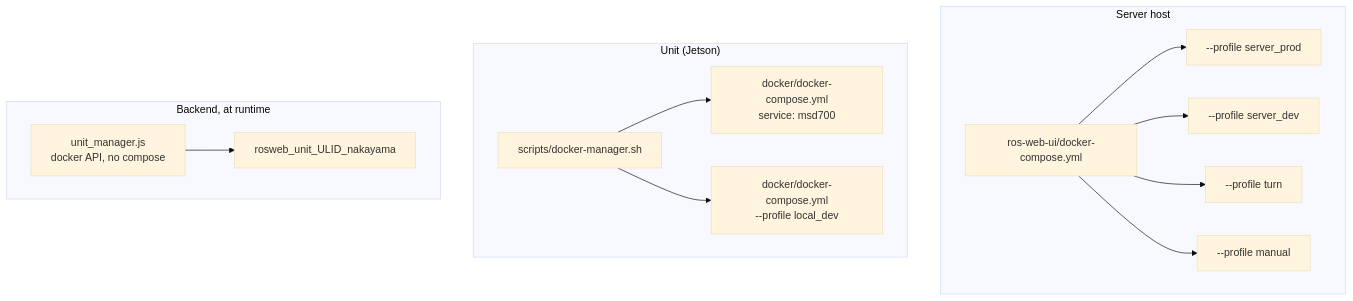
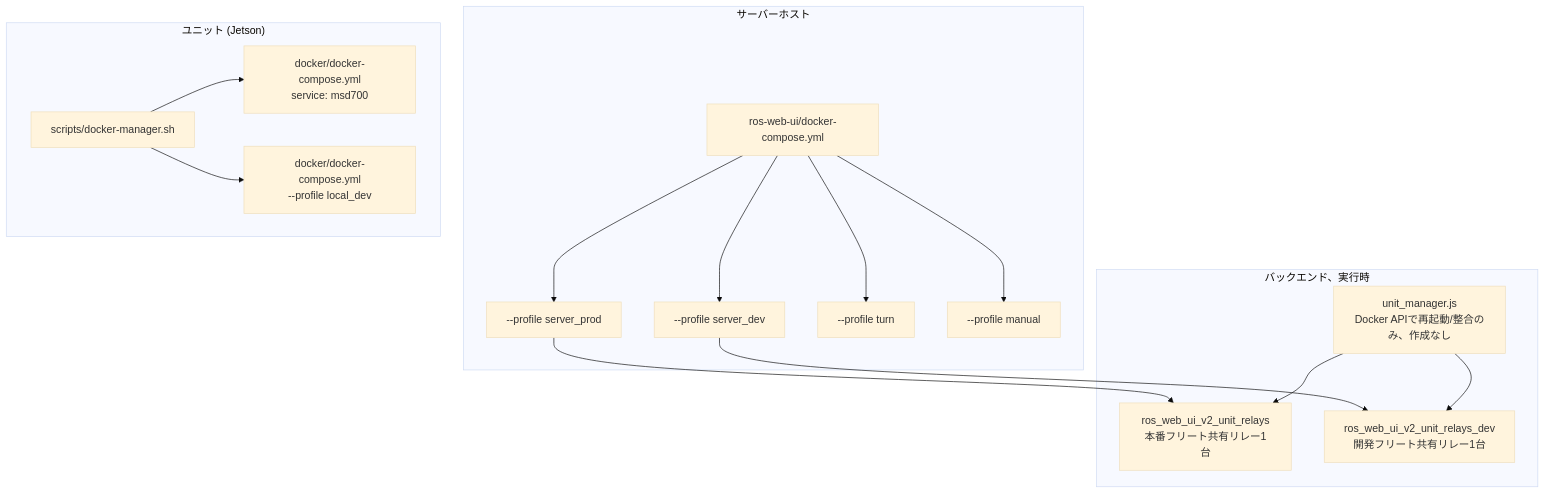
One commit to itbdelaboprogramming/msd700_documentation changed the first of 2 diagrams in docs/ja/setup/docker-reference.md. Above: the diagram before and after it, drawn with Mermaid (base theme). The commit also changed other lines of this file and 110 other files, not shown here.

````diff
--- a/docs/ja/setup/docker-reference.md
+++ b/docs/ja/setup/docker-reference.md
@@ -25,19 +21,22 @@
 ```mermaid
 flowchart TB
-  subgraph S["Server host"]
+  subgraph S["サーバーホスト"]
     SC["ros-web-ui/docker-compose.yml"]
     SC --> P1["--profile server_prod"]
     SC --> P2["--profile server_dev"]
     SC --> P3["--profile turn"]
     SC --> P4["--profile manual"]
   end
-  subgraph U["Unit (Jetson)"]
+  subgraph U["ユニット (Jetson)"]
     DM["scripts/docker-manager.sh"]
     DM --> UC["docker/docker-compose.yml<br/>service: msd700"]
     DM --> UL["docker/docker-compose.yml<br/>--profile local_dev"]
   end
-  subgraph B["Backend, at runtime"]
-    UM["unit_manager.js<br/>docker API, no compose"]
-    UM --> RU["rosweb_unit_ULID_nakayama"]
+  subgraph B["バックエンド、実行時"]
+    UM["unit_manager.js<br/>Docker APIで再起動/整合のみ、作成なし"]
+    P1 --> RU["ros_web_ui_v2_unit_relays<br/>本番フリート共有リレー1台"]
+    P2 --> RD["ros_web_ui_v2_unit_relays_dev<br/>開発フリート共有リレー1台"]
+    UM --> RU
+    UM --> RD
   end
 ```
````
